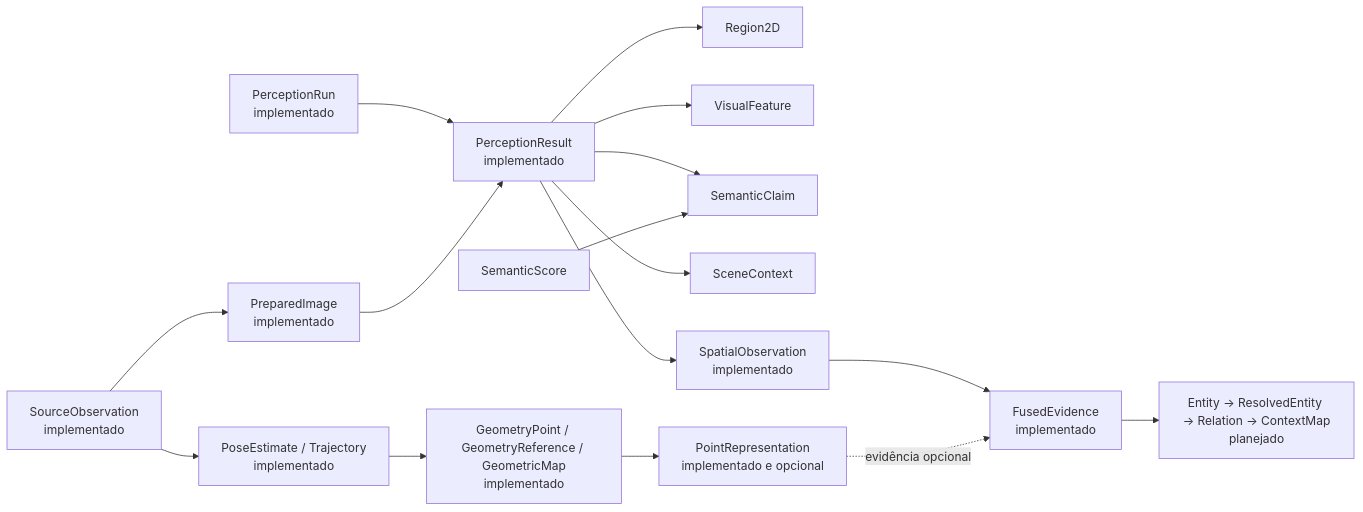
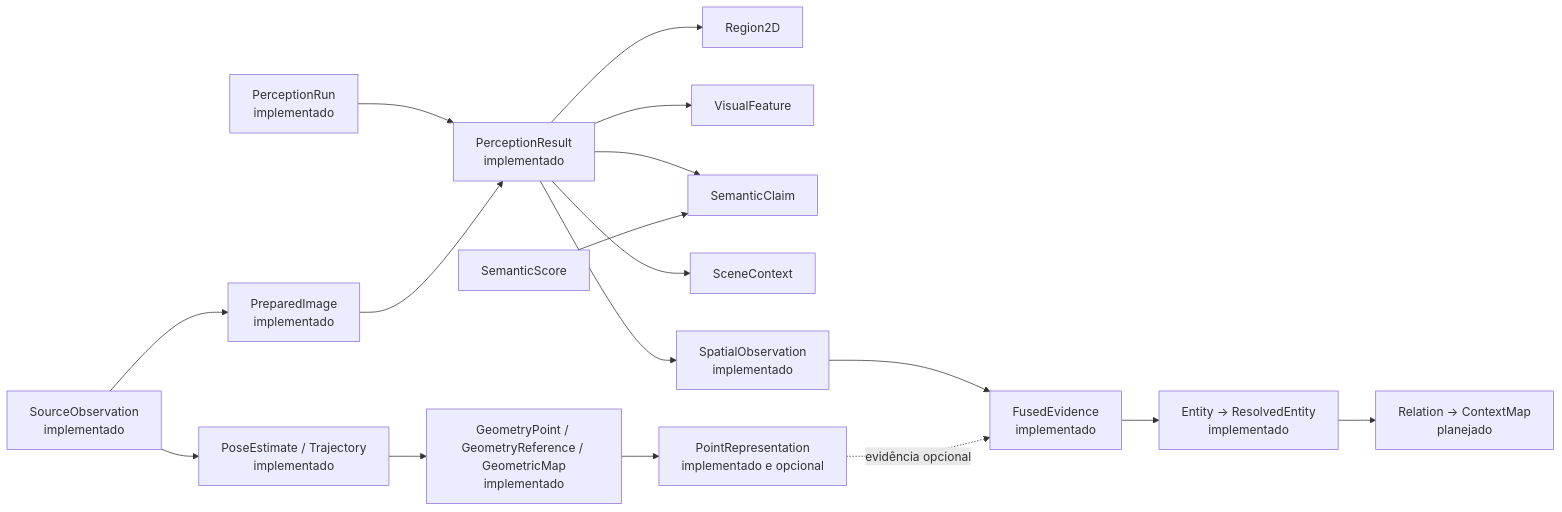
One commit to Alexandre-Tortoza/contextmap2 changed the first of 4 diagrams in docs/CONTRACTS.md. Above: the diagram before and after it, drawn with Mermaid. The commit also changed other lines of this file and 9 other files, not shown here.

````diff
--- a/docs/CONTRACTS.md
+++ b/docs/CONTRACTS.md
@@ -22,18 +22,19 @@
 ```mermaid
 flowchart LR
     SO["SourceObservation<br/>implementado"] --> PI["PreparedImage<br/>implementado"]
     RUN["PerceptionRun<br/>implementado"] --> PR["PerceptionResult<br/>implementado"]
     PI --> PR
     PR --> R["Region2D"]
     PR --> VF["VisualFeature"]
     PR --> SC["SemanticClaim"]
     PR --> CTX["SceneContext"]
     SS["SemanticScore"] --> SC
     SO --> PE["PoseEstimate / Trajectory<br/>implementado"]
     PE --> GR["GeometryPoint / GeometryReference / GeometricMap<br/>implementado"]
     PR --> SP["SpatialObservation<br/>implementado"]
     GR --> P3["PointRepresentation<br/>implementado e opcional"]
     SP --> FE["FusedEvidence<br/>implementado"]
     P3 -. evidência opcional .-> FE
-    FE --> E["Entity → ResolvedEntity → Relation → ContextMap<br/>planejado"]
+    FE --> E["Entity → ResolvedEntity<br/>implementado"]
+    E --> REL["Relation → ContextMap<br/>planejado"]
 ```
````
